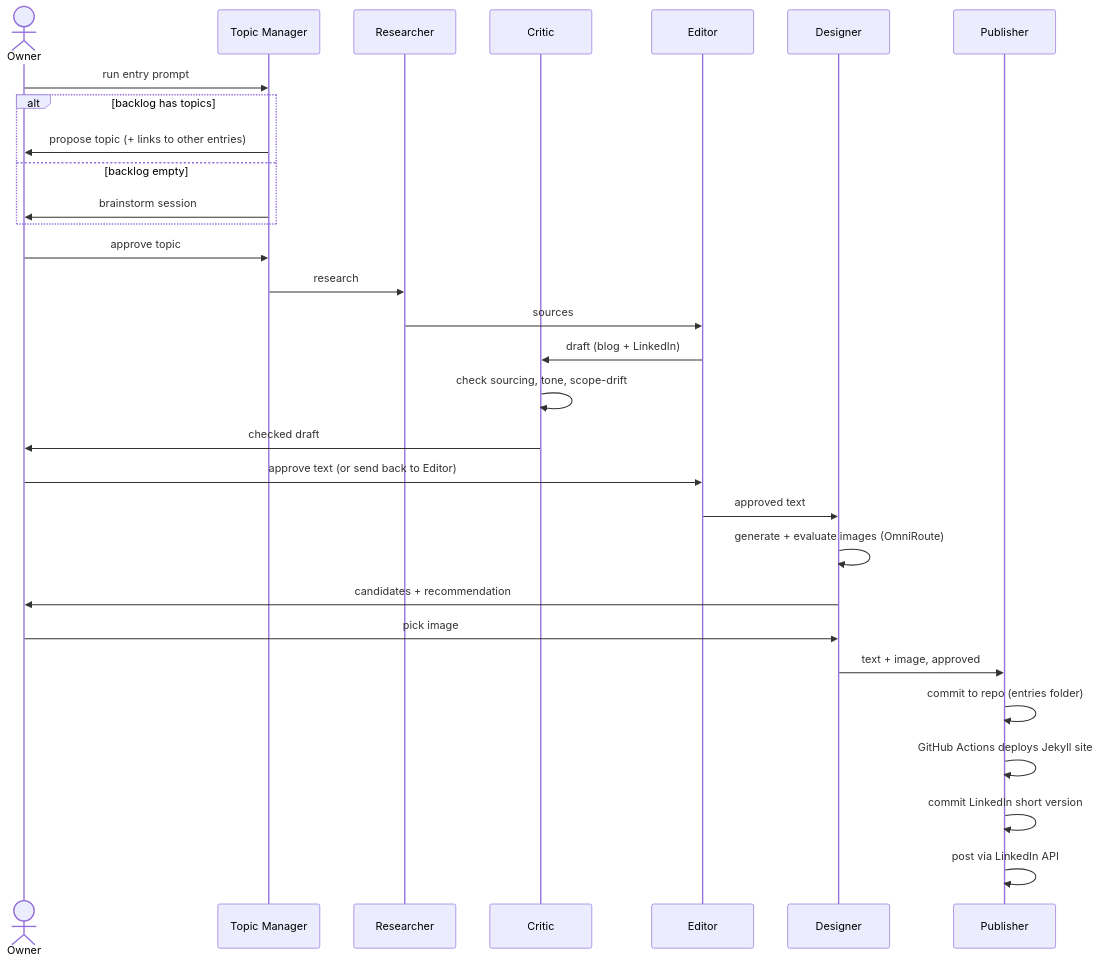
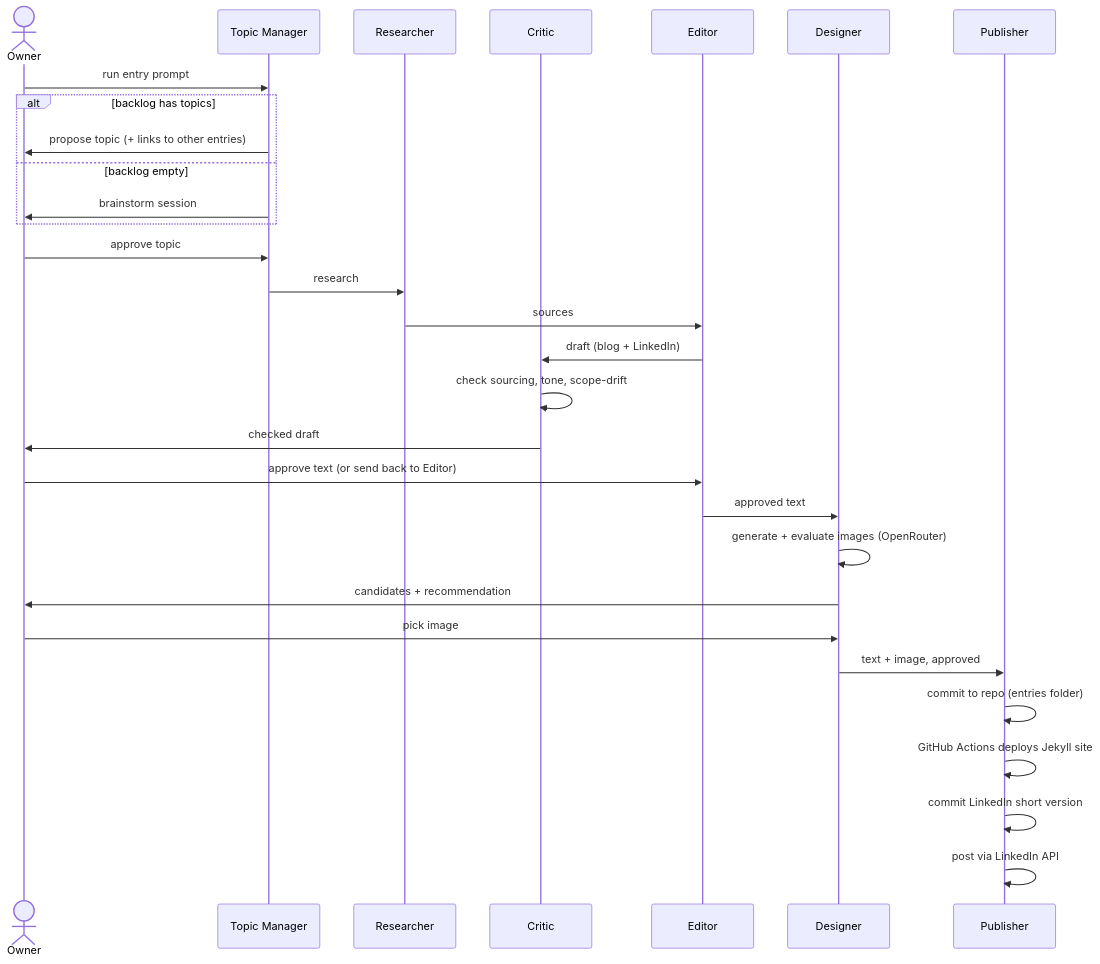
Before and after one commit to DeadLockUA/Learn_with_me_Digest: the second of 2 diagrams in HLD.md, drawn with Mermaid. The commit also changed other lines of this file and 7 other files, not shown here.

````diff
--- a/HLD.md
+++ b/HLD.md
@@ -55,33 +55,33 @@
 ```mermaid
 sequenceDiagram
     actor Owner
     participant TM as Topic Manager
     participant R as Researcher
     participant C as Critic
     participant E as Editor
     participant D as Designer
     participant P as Publisher
 
     Owner->>TM: run entry prompt
     alt backlog has topics
         TM->>Owner: propose topic (+ links to other entries)
     else backlog empty
         TM->>Owner: brainstorm session
     end
     Owner->>TM: approve topic
     TM->>R: research
     R->>E: sources
     E->>C: draft (blog + LinkedIn)
     C->>C: check sourcing, tone, scope-drift
     C->>Owner: checked draft
     Owner->>E: approve text (or send back to Editor)
     E->>D: approved text
-    D->>D: generate + evaluate images (OmniRoute)
+    D->>D: generate + evaluate images (OpenRouter)
     D->>Owner: candidates + recommendation
     Owner->>D: pick image
     D->>P: text + image, approved
     P->>P: commit to repo (entries folder)
     P->>P: GitHub Actions deploys Jekyll site
     P->>P: commit LinkedIn short version
     P->>P: post via LinkedIn API
 ```
````
